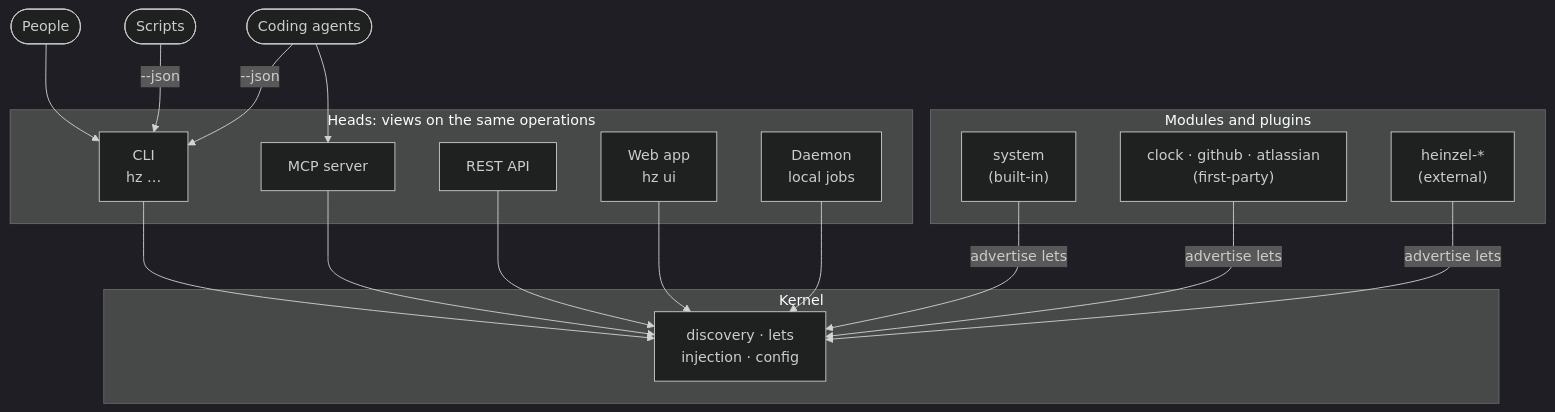
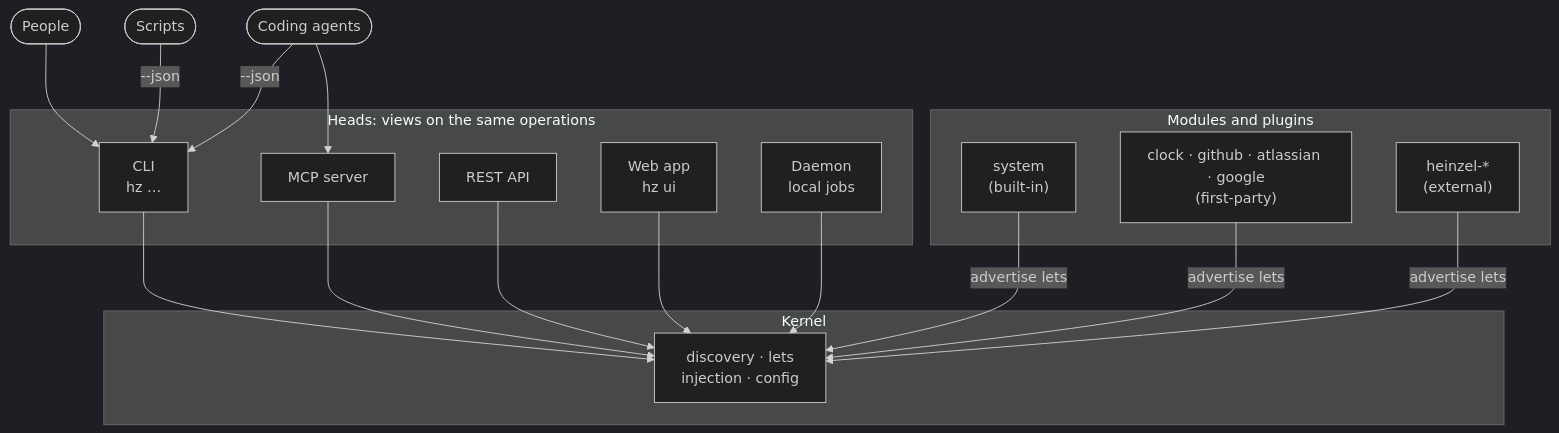
The diagram in README.md (helmut-hoffer-von-ankershoffen/heinzel), drawn with Mermaid (dark theme) before and after one commit. The commit also changed other lines of this file and 45 other files, not shown here.

````diff
--- a/README.md
+++ b/README.md
@@ -96,24 +96,24 @@
 ```mermaid
 flowchart TB
     People(["People"]) --> CLI
     Scripts(["Scripts"]) -- "--json" --> CLI
     Agents(["Coding agents"]) -- "--json" --> CLI
     Agents --> MCP
     subgraph Heads["Heads: views on the same operations"]
         CLI["CLI<br/>hz …"]
         MCP["MCP server"]
         REST["REST API"]
         Web["Web app<br/>hz ui"]
         Daemon["Daemon<br/>local jobs"]
     end
     subgraph Kernel["Kernel"]
         Core["discovery · lets<br/>injection · config"]
     end
     subgraph Modules["Modules and plugins"]
         System["system<br/>(built-in)"]
-        Clock["clock · github · atlassian<br/>(first-party)"]
+        Clock["clock · github · atlassian · google<br/>(first-party)"]
         Ext["heinzel-*<br/>(external)"]
     end
     CLI & MCP & REST & Web & Daemon --> Core
     System & Clock & Ext -- "advertise lets" --> Core
 ```
````
